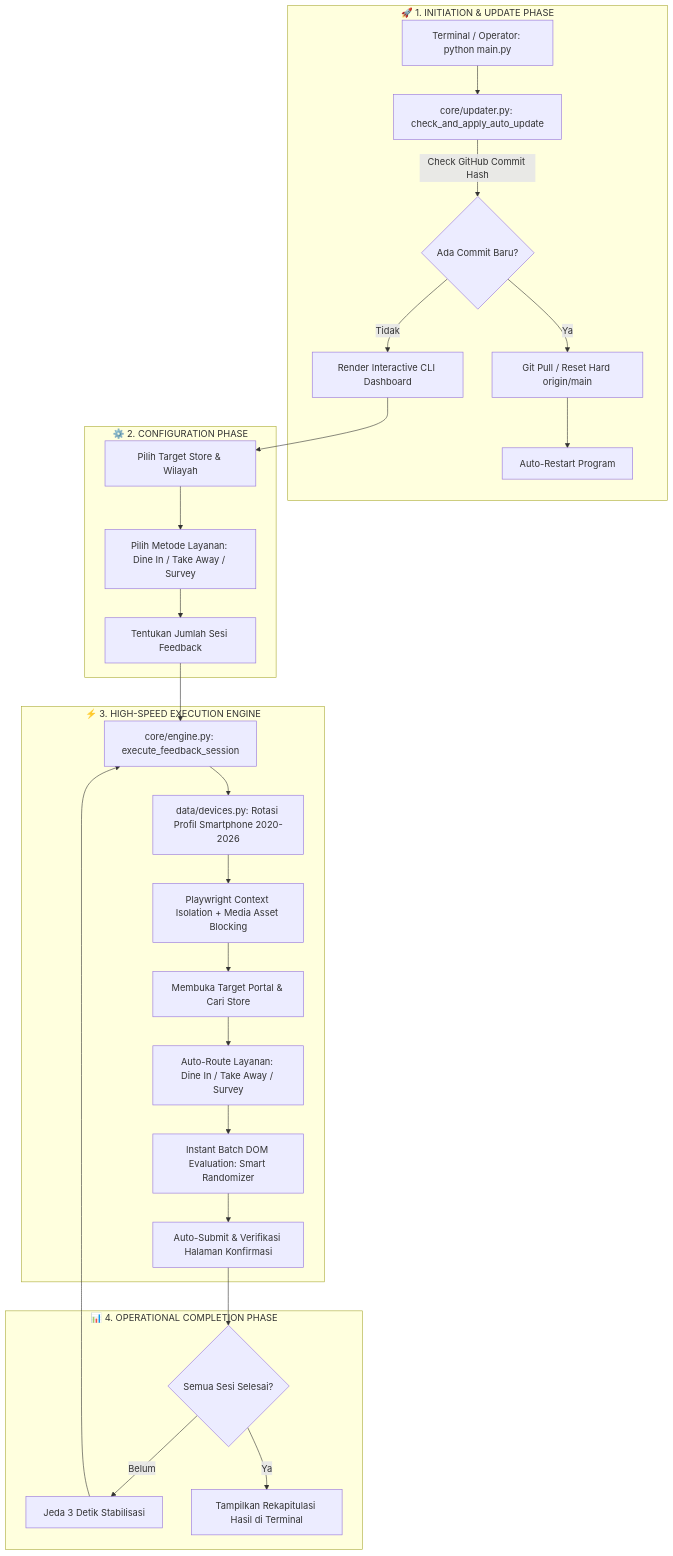
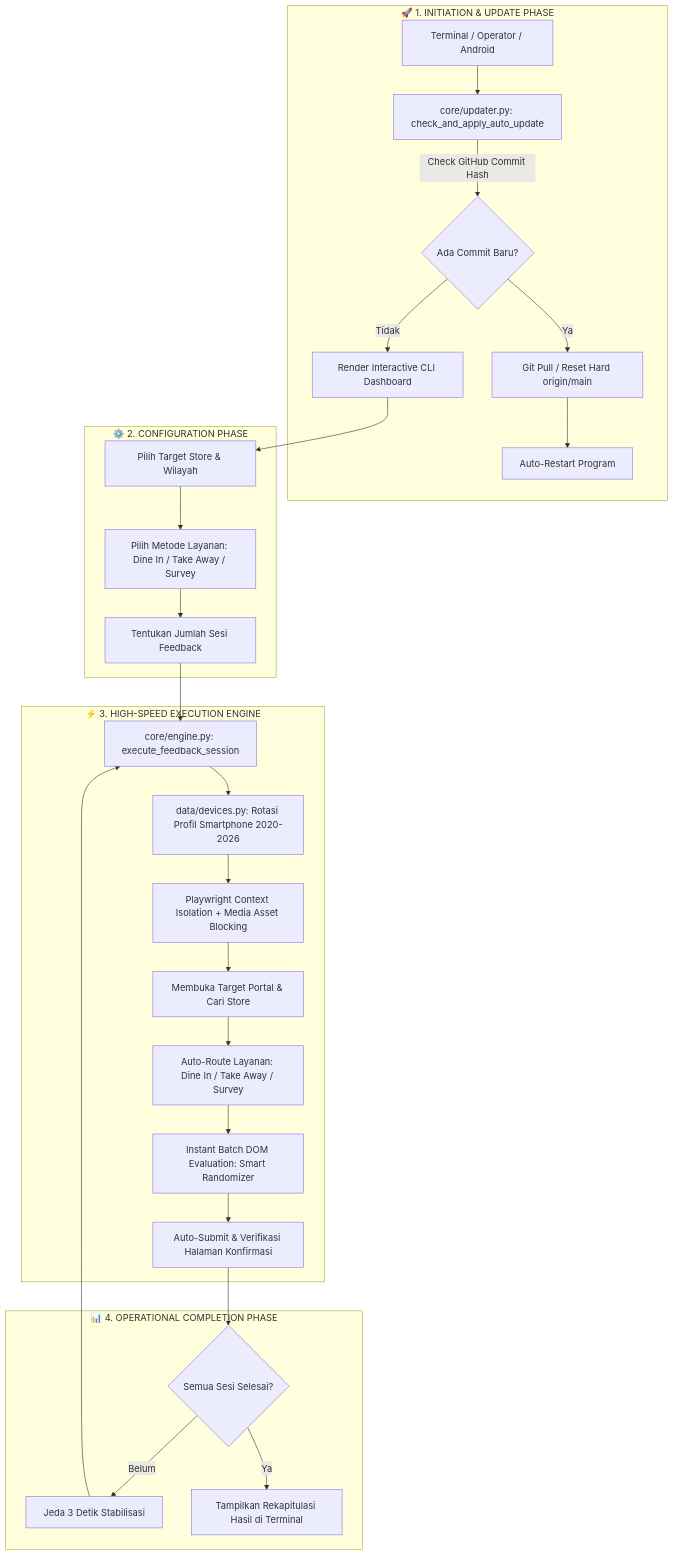
The diagram in README.md (dferdiantnn/fbhb), drawn with Mermaid before and after one commit. The commit also changed other lines of this file and 6 other files, not shown here.

Commit message:
feat: Add 1-Line Zero-Setup Auto-Installers for Android, Windows, macOS, Linux and release v41.0.0

````diff
--- a/README.md
+++ b/README.md
@@ -23,32 +51,32 @@
 ```mermaid
 flowchart TD
     subgraph LaunchPhase ["🚀 1. INITIATION & UPDATE PHASE"]
-        A[Terminal / Operator: python main.py] --> B[core/updater.py: check_and_apply_auto_update]
+        A[Terminal / Operator / Android] --> B[core/updater.py: check_and_apply_auto_update]
         B -->|Check GitHub Commit Hash| C{Ada Commit Baru?}
         C -->|Ya| D[Git Pull / Reset Hard origin/main]
         D --> E[Auto-Restart Program]
         C -->|Tidak| F[Render Interactive CLI Dashboard]
     end
 
     subgraph ConfigPhase ["⚙️ 2. CONFIGURATION PHASE"]
         F --> G[Pilih Target Store & Wilayah]
         G --> H[Pilih Metode Layanan: Dine In / Take Away / Survey]
         H --> I[Tentukan Jumlah Sesi Feedback]
     end
 
     subgraph ExecutionPhase ["⚡ 3. HIGH-SPEED EXECUTION ENGINE"]
         I --> J[core/engine.py: execute_feedback_session]
         J --> K[data/devices.py: Rotasi Profil Smartphone 2020-2026]
         K --> L[Playwright Context Isolation + Media Asset Blocking]
         L --> M[Membuka Target Portal & Cari Store]
         M --> N[Auto-Route Layanan: Dine In / Take Away / Survey]
         N --> O[Instant Batch DOM Evaluation: Smart Randomizer]
         O --> P[Auto-Submit & Verifikasi Halaman Konfirmasi]
     end
 
     subgraph CompletionPhase ["📊 4. OPERATIONAL COMPLETION PHASE"]
         P --> Q{Semua Sesi Selesai?}
         Q -->|Belum| R[Jeda 3 Detik Stabilisasi] --> J
         Q -->|Ya| S[Tampilkan Rekapitulasi Hasil di Terminal]
     end
 ```
````
